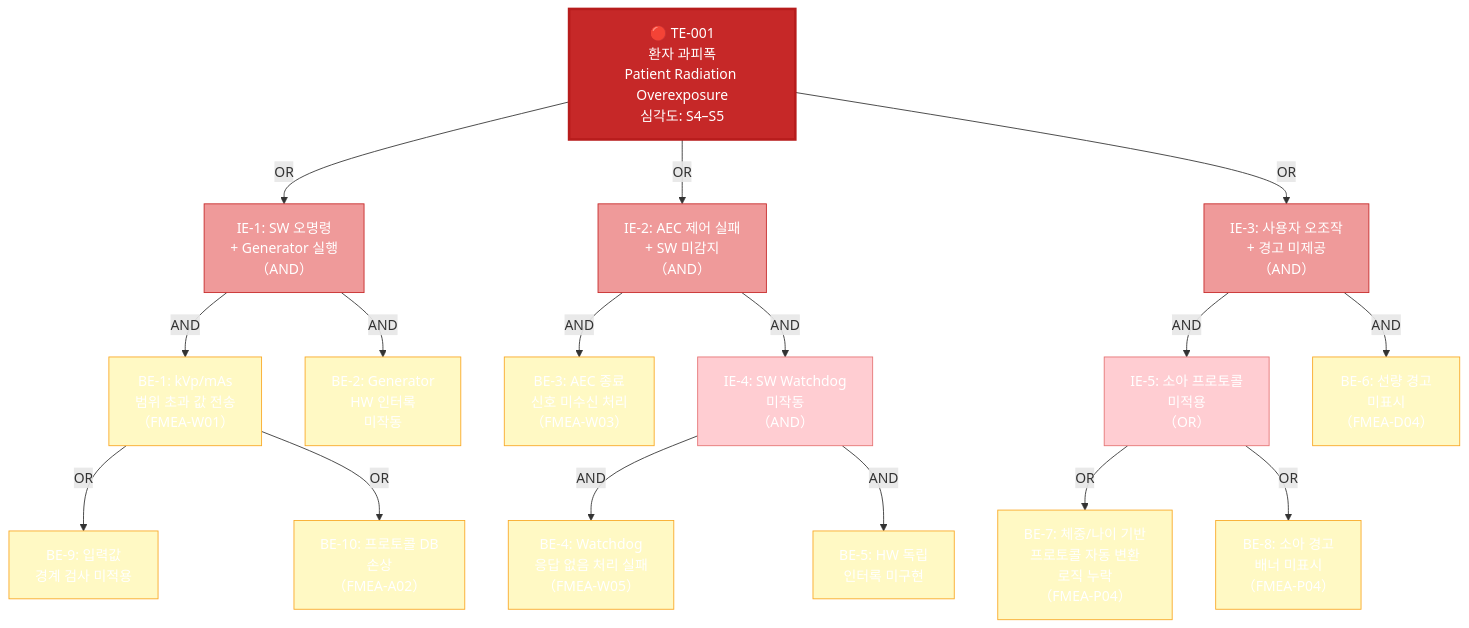
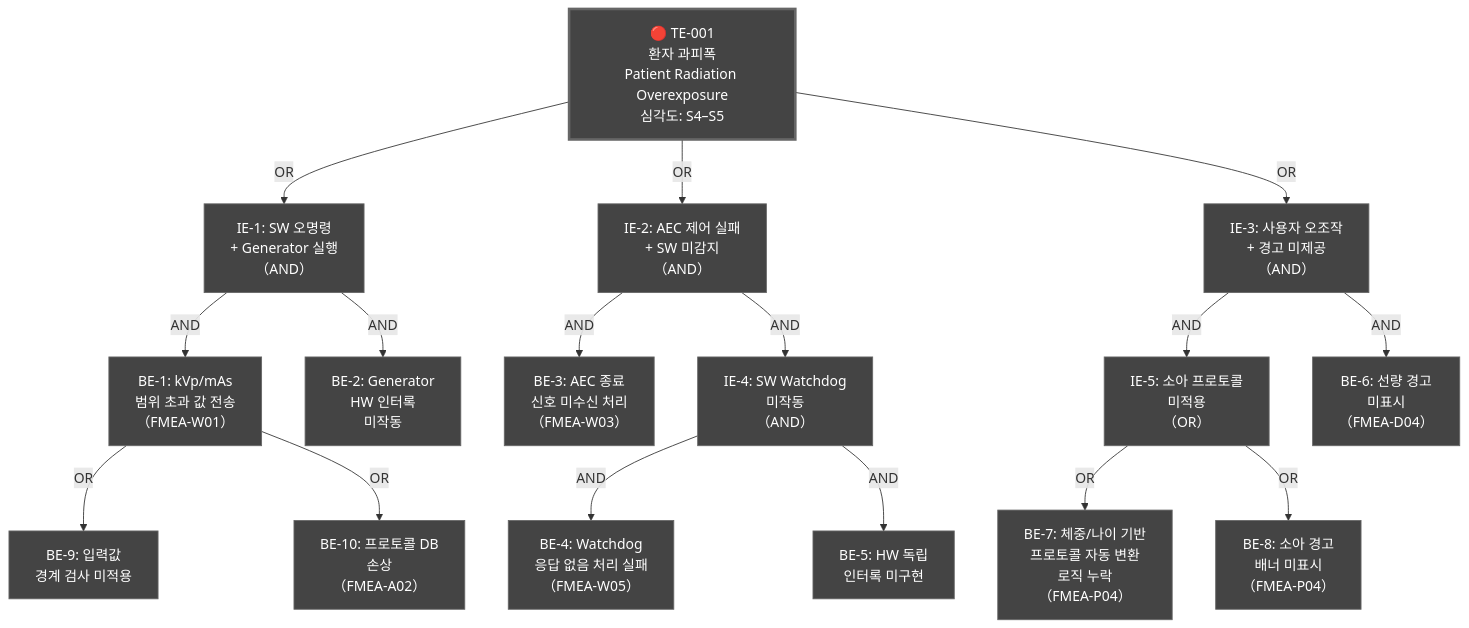
Before and after one commit to holee9/console-gui: the third of 11 diagrams in docs/risk/DOC-009_FMEA_v1.0.md, drawn with Mermaid. The commit also changed other lines of this file and 35 other files, not shown here.

First line of the commit message:
fix: 전체 Mermaid 차트 색상 진한 회색 통일

````diff
--- a/docs/risk/DOC-009_FMEA_v1.0.md
+++ b/docs/risk/DOC-009_FMEA_v1.0.md
@@ -343,50 +343,50 @@
 ```mermaid
 graph TD
     classDef default fill:#444,stroke:#666,color:#fff
     TE1["🔴 TE-001\n환자 과피폭\nPatient Radiation Overexposure\n심각도: S4–S5"]
 
     TE1 -- OR --> IE1
     TE1 -- OR --> IE2
     TE1 -- OR --> IE3
 
     IE1["IE-1: SW 오명령\n+ Generator 실행\n（AND）"]
     IE2["IE-2: AEC 제어 실패\n+ SW 미감지\n（AND）"]
     IE3["IE-3: 사용자 오조작\n+ 경고 미제공\n（AND）"]
 
     IE1 -- AND --> BE1["BE-1: kVp/mAs\n범위 초과 값 전송\n（FMEA-W01）"]
     IE1 -- AND --> BE2["BE-2: Generator\nHW 인터록\n미작동"]
 
     IE2 -- AND --> BE3["BE-3: AEC 종료\n신호 미수신 처리\n（FMEA-W03）"]
     IE2 -- AND --> IE4
 
     IE4["IE-4: SW Watchdog\n미작동\n（AND）"]
     IE4 -- AND --> BE4["BE-4: Watchdog\n응답 없음 처리 실패\n（FMEA-W05）"]
     IE4 -- AND --> BE5["BE-5: HW 독립\n인터록 미구현"]
 
     IE3 -- AND --> IE5
     IE3 -- AND --> BE6["BE-6: 선량 경고\n미표시\n（FMEA-D04）"]
 
     IE5["IE-5: 소아 프로토콜\n미적용\n（OR）"]
     IE5 -- OR --> BE7["BE-7: 체중/나이 기반\n프로토콜 자동 변환\n로직 누락\n（FMEA-P04）"]
     IE5 -- OR --> BE8["BE-8: 소아 경고\n배너 미표시\n（FMEA-P04）"]
 
     BE1 -- OR --> BE9["BE-9: 입력값\n경계 검사 미적용"]
     BE1 -- OR --> BE10["BE-10: 프로토콜 DB\n손상\n（FMEA-A02）"]
 
-    style TE1 fill:#c62828,color:#ffffff,stroke:#b71c1c,stroke-width:3px
-    style IE1 fill:#ef9a9a,stroke:#c62828
-    style IE2 fill:#ef9a9a,stroke:#c62828
-    style IE3 fill:#ef9a9a,stroke:#c62828
-    style IE4 fill:#ffcdd2,stroke:#e57373
-    style IE5 fill:#ffcdd2,stroke:#e57373
-    style BE1 fill:#fff9c4,stroke:#f9a825
-    style BE2 fill:#fff9c4,stroke:#f9a825
-    style BE3 fill:#fff9c4,stroke:#f9a825
-    style BE4 fill:#fff9c4,stroke:#f9a825
-    style BE5 fill:#fff9c4,stroke:#f9a825
-    style BE6 fill:#fff9c4,stroke:#f9a825
-    style BE7 fill:#fff9c4,stroke:#f9a825
-    style BE8 fill:#fff9c4,stroke:#f9a825
-    style BE9 fill:#fff9c4,stroke:#f9a825
-    style BE10 fill:#fff9c4,stroke:#f9a825
+    style TE1 fill:#444,color:#fff,stroke:#666,stroke-width:3px
+    style IE1 fill:#444,stroke:#666
+    style IE2 fill:#444,stroke:#666
+    style IE3 fill:#444,stroke:#666
+    style IE4 fill:#444,stroke:#666
+    style IE5 fill:#444,stroke:#666
+    style BE1 fill:#444,stroke:#666
+    style BE2 fill:#444,stroke:#666
+    style BE3 fill:#444,stroke:#666
+    style BE4 fill:#444,stroke:#666
+    style BE5 fill:#444,stroke:#666
+    style BE6 fill:#444,stroke:#666
+    style BE7 fill:#444,stroke:#666
+    style BE8 fill:#444,stroke:#666
+    style BE9 fill:#444,stroke:#666
+    style BE10 fill:#444,stroke:#666
 ```
````
